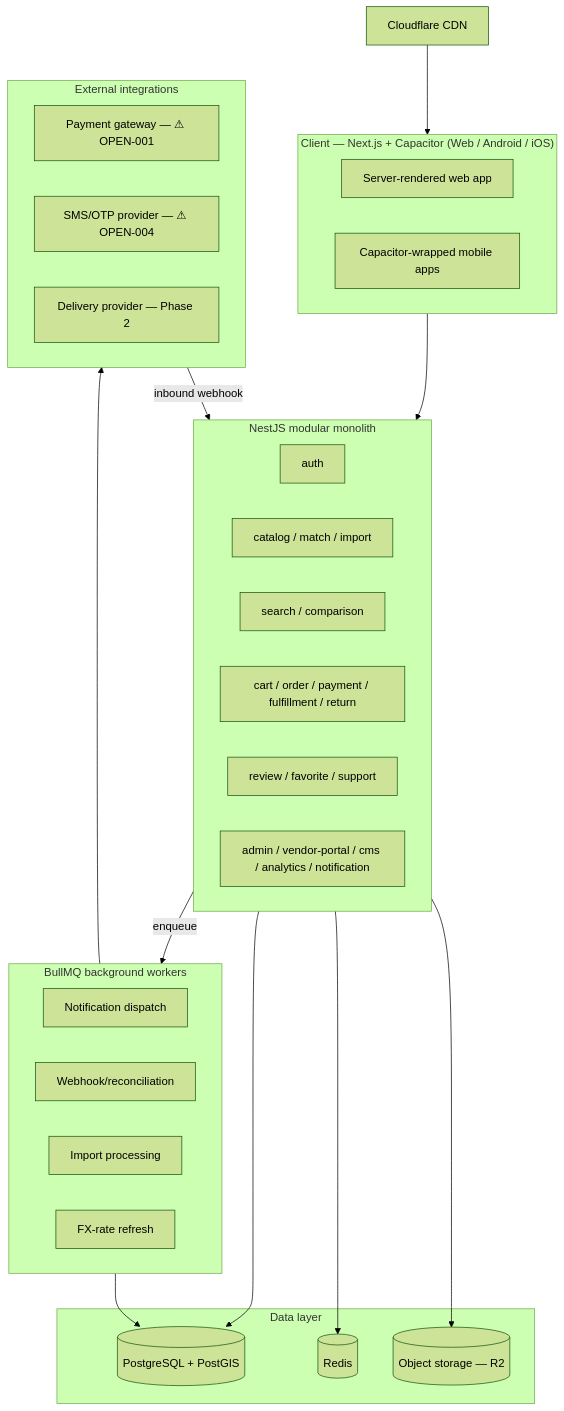
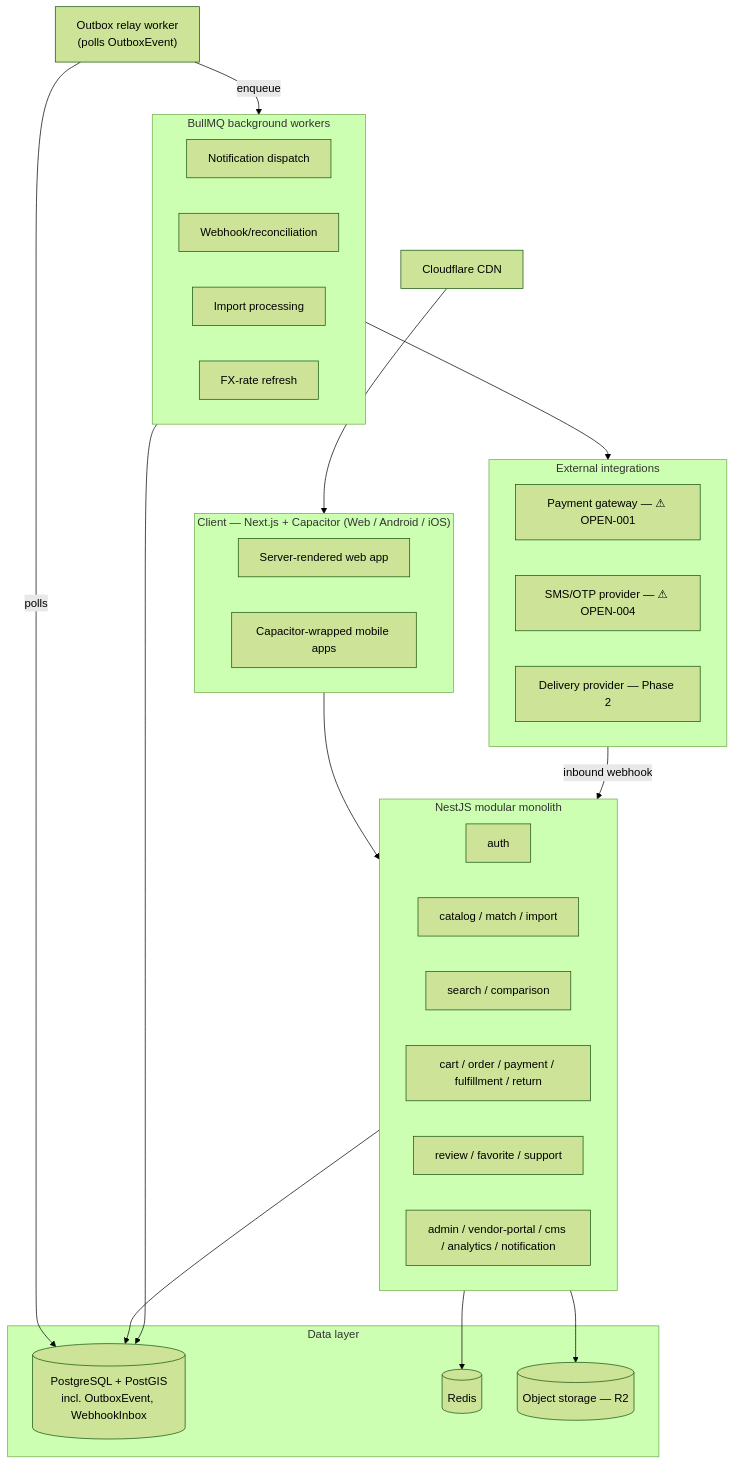
The diagram in docs/srs/06-architecture-matching-testing-devops.md (FINALTALA/FINALPRO), drawn with Mermaid (forest theme) before and after one commit. The commit also changed other lines of this file and 1 other file, not shown here.

````diff
--- a/docs/srs/06-architecture-matching-testing-devops.md
+++ b/docs/srs/06-architecture-matching-testing-devops.md
@@ -37,45 +37,48 @@
 ```mermaid
 flowchart TB
     subgraph Client["Client — Next.js + Capacitor (Web / Android / iOS)"]
         WebApp["Server-rendered web app"]
         MobileShell["Capacitor-wrapped mobile apps"]
     end
 
     subgraph API["NestJS modular monolith"]
         AuthMod["auth"]
         CatalogMod["catalog / match / import"]
         SearchMod["search / comparison"]
         CommerceMod["cart / order / payment / fulfillment / return"]
         TrustMod["review / favorite / support"]
         OpsMod["admin / vendor-portal / cms / analytics / notification"]
     end
 
     subgraph Data["Data layer"]
-        PG[("PostgreSQL + PostGIS")]
+        PG[("PostgreSQL + PostGIS<br/>incl. OutboxEvent, WebhookInbox")]
         Redis[("Redis")]
         R2[("Object storage — R2")]
     end
+
+    Relay["Outbox relay worker<br/>(polls OutboxEvent)"]
 
     subgraph Workers["BullMQ background workers"]
         NotifWorker["Notification dispatch"]
         WebhookWorker["Webhook/reconciliation"]
         ImportWorker["Import processing"]
         FxWorker["FX-rate refresh"]
     end
 
     subgraph External["External integrations"]
         Gateway["Payment gateway — ⚠ OPEN-001"]
         SMS["SMS/OTP provider — ⚠ OPEN-004"]
         Courier["Delivery provider — Phase 2"]
     end
 
     Client --> API
     API --> PG
     API --> Redis
     API --> R2
-    API -- enqueue --> Workers
+    Relay -- polls --> PG
+    Relay -- enqueue --> Workers
     Workers --> PG
     Workers --> External
     External -- inbound webhook --> API
     CDN["Cloudflare CDN"] --> Client
 ```
````
